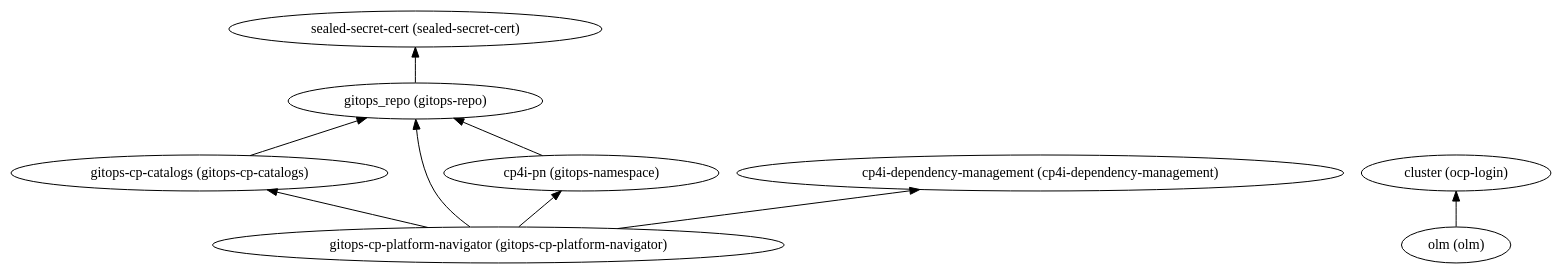
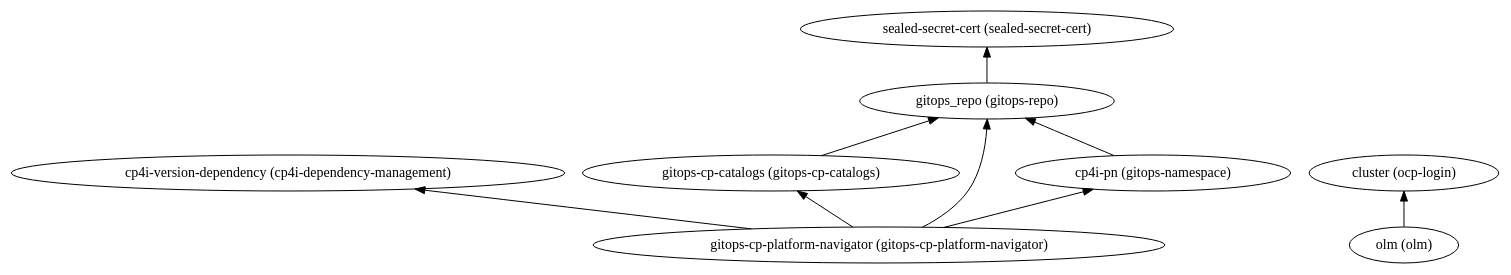
One commit to IBM/automation-integration-platform changed the diagram in 215-integration-platform-navigator/dependencies.dot. Above: the diagram before and after it, drawn with Graphviz. The commit also changed 74 other files, not shown here.

```diff
--- a/215-integration-platform-navigator/dependencies.dot
+++ b/215-integration-platform-navigator/dependencies.dot
@@ -1,19 +1,19 @@
 digraph {
     rankdir="BT"
-    "gitops-cp-catalogs (gitops-cp-catalogs)" -> "gitops_repo (gitops-repo)"
+    "cp4i-version-dependency (cp4i-dependency-management)"
+"gitops-cp-catalogs (gitops-cp-catalogs)" -> "gitops_repo (gitops-repo)"
 "gitops-cp-catalogs (gitops-cp-catalogs)"
 "gitops_repo (gitops-repo)" -> "sealed-secret-cert (sealed-secret-cert)"
 "gitops_repo (gitops-repo)"
 "sealed-secret-cert (sealed-secret-cert)"
 "gitops-cp-platform-navigator (gitops-cp-platform-navigator)" -> "gitops_repo (gitops-repo)"
 "gitops-cp-platform-navigator (gitops-cp-platform-navigator)" -> "cp4i-pn (gitops-namespace)"
 "gitops-cp-platform-navigator (gitops-cp-platform-navigator)" -> "gitops-cp-catalogs (gitops-cp-catalogs)"
-"gitops-cp-platform-navigator (gitops-cp-platform-navigator)" -> "cp4i-dependency-management (cp4i-dependency-management)"
+"gitops-cp-platform-navigator (gitops-cp-platform-navigator)" -> "cp4i-version-dependency (cp4i-dependency-management)"
 "gitops-cp-platform-navigator (gitops-cp-platform-navigator)"
 "cp4i-pn (gitops-namespace)" -> "gitops_repo (gitops-repo)"
 "cp4i-pn (gitops-namespace)"
-"cp4i-dependency-management (cp4i-dependency-management)"
 "cluster (ocp-login)"
 "olm (olm)" -> "cluster (ocp-login)"
 "olm (olm)"
   }
```
